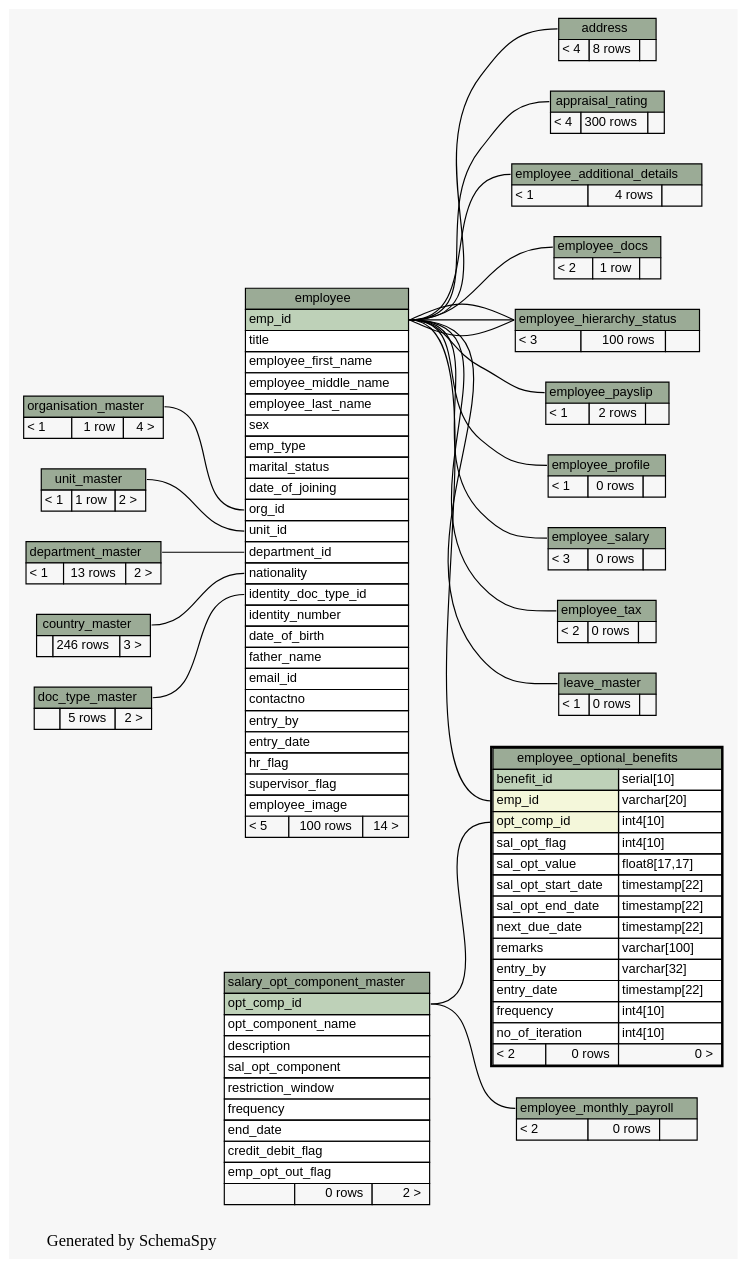
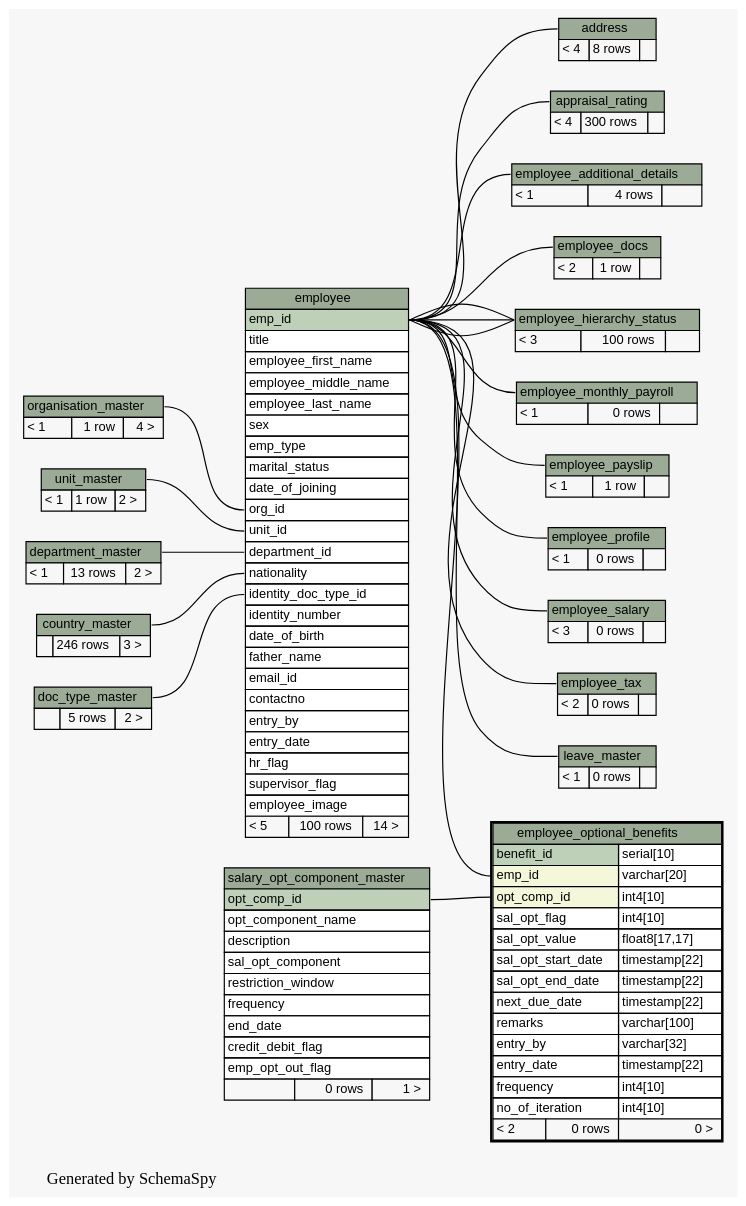
The diagram in docs/database/schemaspy/graphs/employee_optional_benefits.2degrees.dot (engineerscraft/hrms), drawn with Graphviz before and after one commit. The commit also changed 144 other files, not shown here.

Commit message:
Added updated monthly_payroll with enumeration

```diff
--- a/docs/database/schemaspy/graphs/employee_optional_benefits.2degrees.dot
+++ b/docs/database/schemaspy/graphs/employee_optional_benefits.2degrees.dot
@@ -26,7 +26,7 @@
   "employee_hierarchy_status":"employee_hierarchy_status.heading":w -> "employee":"emp_id":e [arrowtail=tee arrowhead=none];
   "employee_hierarchy_status":"employee_hierarchy_status.heading":w -> "employee":"emp_id":e [arrowtail=crowodot arrowhead=none];
   "employee_hierarchy_status":"employee_hierarchy_status.heading":w -> "employee":"emp_id":e [arrowtail=crowodot arrowhead=none];
-  "employee_monthly_payroll":"employee_monthly_payroll.heading":w -> "salary_opt_component_master":"opt_comp_id":e [arrowtail=crowodot arrowhead=none];
+  "employee_monthly_payroll":"employee_monthly_payroll.heading":w -> "employee":"emp_id":e [arrowtail=crowodot arrowhead=none];
   "employee_optional_benefits":"emp_id":w -> "employee":"emp_id":e [arrowtail=crowodot arrowhead=none];
   "employee_optional_benefits":"opt_comp_id":w -> "salary_opt_component_master":"opt_comp_id":e [arrowtail=crowodot arrowhead=none];
   "employee_payslip":"employee_payslip.heading":w -> "employee":"emp_id":e [arrowtail=crowodot arrowhead=none];
@@ -143,7 +143,7 @@
     label=<
     <TABLE BORDER="0" CELLBORDER="1" CELLSPACING="0" BGCOLOR="#ffffff">
       <TR><TD PORT="employee_monthly_payroll.heading" COLSPAN="3" BGCOLOR="#9bab96" ALIGN="CENTER">employee_monthly_payroll</TD></TR>
-      <TR><TD ALIGN="LEFT" BGCOLOR="#f7f7f7">&lt; 2</TD><TD ALIGN="RIGHT" BGCOLOR="#f7f7f7">0 rows</TD><TD ALIGN="RIGHT" BGCOLOR="#f7f7f7">  </TD></TR>
+      <TR><TD ALIGN="LEFT" BGCOLOR="#f7f7f7">&lt; 1</TD><TD ALIGN="RIGHT" BGCOLOR="#f7f7f7">0 rows</TD><TD ALIGN="RIGHT" BGCOLOR="#f7f7f7">  </TD></TR>
     </TABLE>>
     URL="employee_monthly_payroll.html#graph"
     tooltip="employee_monthly_payroll"
@@ -174,7 +174,7 @@
     label=<
     <TABLE BORDER="0" CELLBORDER="1" CELLSPACING="0" BGCOLOR="#ffffff">
       <TR><TD PORT="employee_payslip.heading" COLSPAN="3" BGCOLOR="#9bab96" ALIGN="CENTER">employee_payslip</TD></TR>
-      <TR><TD ALIGN="LEFT" BGCOLOR="#f7f7f7">&lt; 1</TD><TD ALIGN="RIGHT" BGCOLOR="#f7f7f7">2 rows</TD><TD ALIGN="RIGHT" BGCOLOR="#f7f7f7">  </TD></TR>
+      <TR><TD ALIGN="LEFT" BGCOLOR="#f7f7f7">&lt; 1</TD><TD ALIGN="RIGHT" BGCOLOR="#f7f7f7">1 row</TD><TD ALIGN="RIGHT" BGCOLOR="#f7f7f7">  </TD></TR>
     </TABLE>>
     URL="employee_payslip.html#graph"
     tooltip="employee_payslip"
@@ -237,7 +237,7 @@
       <TR><TD PORT="end_date" COLSPAN="3" ALIGN="LEFT">end_date</TD></TR>
       <TR><TD PORT="credit_debit_flag" COLSPAN="3" ALIGN="LEFT">credit_debit_flag</TD></TR>
       <TR><TD PORT="emp_opt_out_flag" COLSPAN="3" ALIGN="LEFT">emp_opt_out_flag</TD></TR>
-      <TR><TD ALIGN="LEFT" BGCOLOR="#f7f7f7">  </TD><TD ALIGN="RIGHT" BGCOLOR="#f7f7f7">0 rows</TD><TD ALIGN="RIGHT" BGCOLOR="#f7f7f7">2 &gt;</TD></TR>
+      <TR><TD ALIGN="LEFT" BGCOLOR="#f7f7f7">  </TD><TD ALIGN="RIGHT" BGCOLOR="#f7f7f7">0 rows</TD><TD ALIGN="RIGHT" BGCOLOR="#f7f7f7">1 &gt;</TD></TR>
     </TABLE>>
     URL="salary_opt_component_master.html#graph"
     tooltip="salary_opt_component_master"
```
